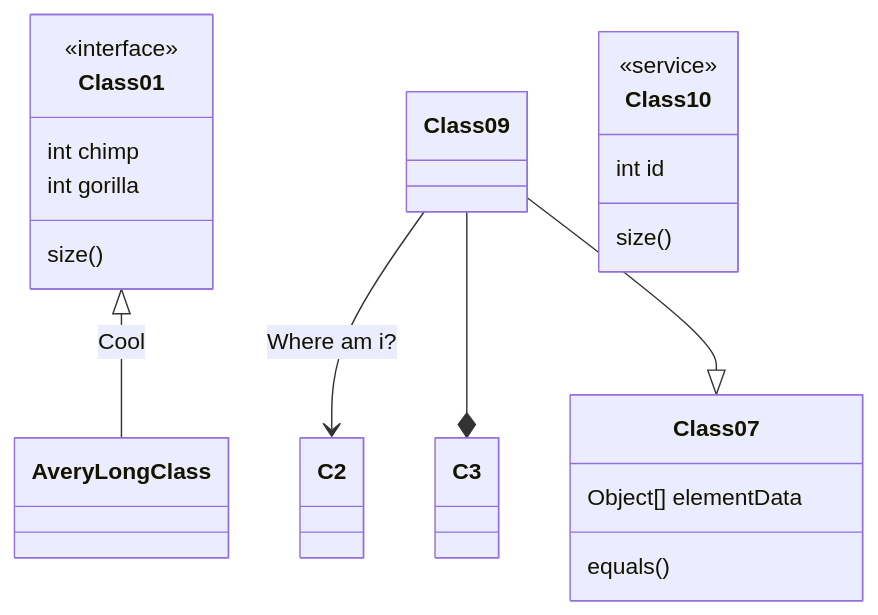
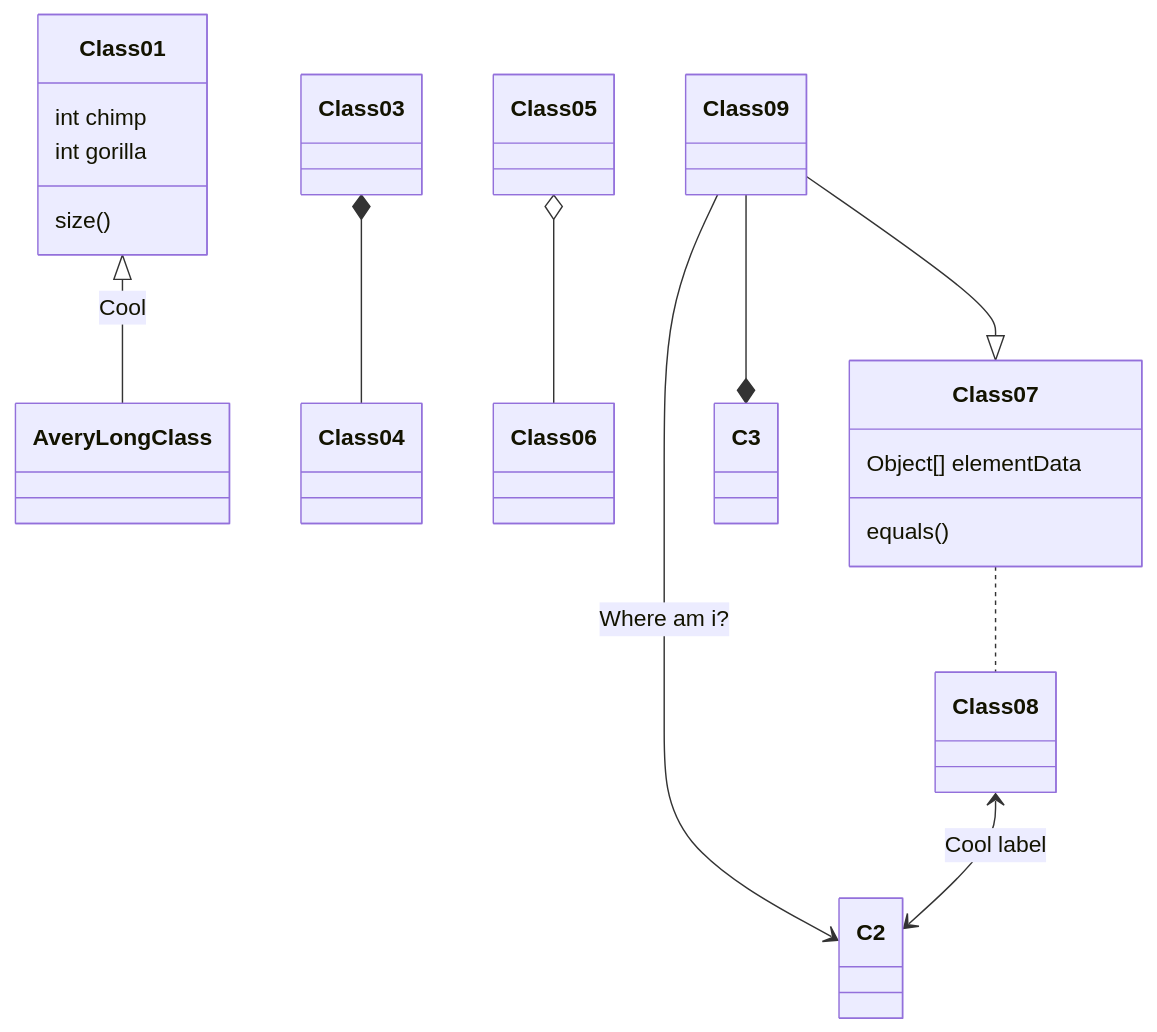
Before and after one commit to HugoBlox/hugo-blox-builder: the fourth of 5 diagrams in starters/blog/content/post/writing-technical-content/index.md, drawn with Mermaid. The commit also changed other lines of this file and 145 other files, not shown here.

````diff
--- a/starters/blog/content/post/writing-technical-content/index.md
+++ b/starters/blog/content/post/writing-technical-content/index.md
@@ -191,18 +192,16 @@
 ```mermaid
 classDiagram
 Class01 <|-- AveryLongClass : Cool
-<<interface>> Class01
+Class03 *-- Class04
+Class05 o-- Class06
+Class07 .. Class08
 Class09 --> C2 : Where am i?
 Class09 --* C3
 Class09 --|> Class07
 Class07 : equals()
 Class07 : Object[] elementData
 Class01 : size()
 Class01 : int chimp
 Class01 : int gorilla
-class Class10 {
-  <<service>>
-  int id
-  size()
-}
+Class08 <--> C2: Cool label
 ```
````
